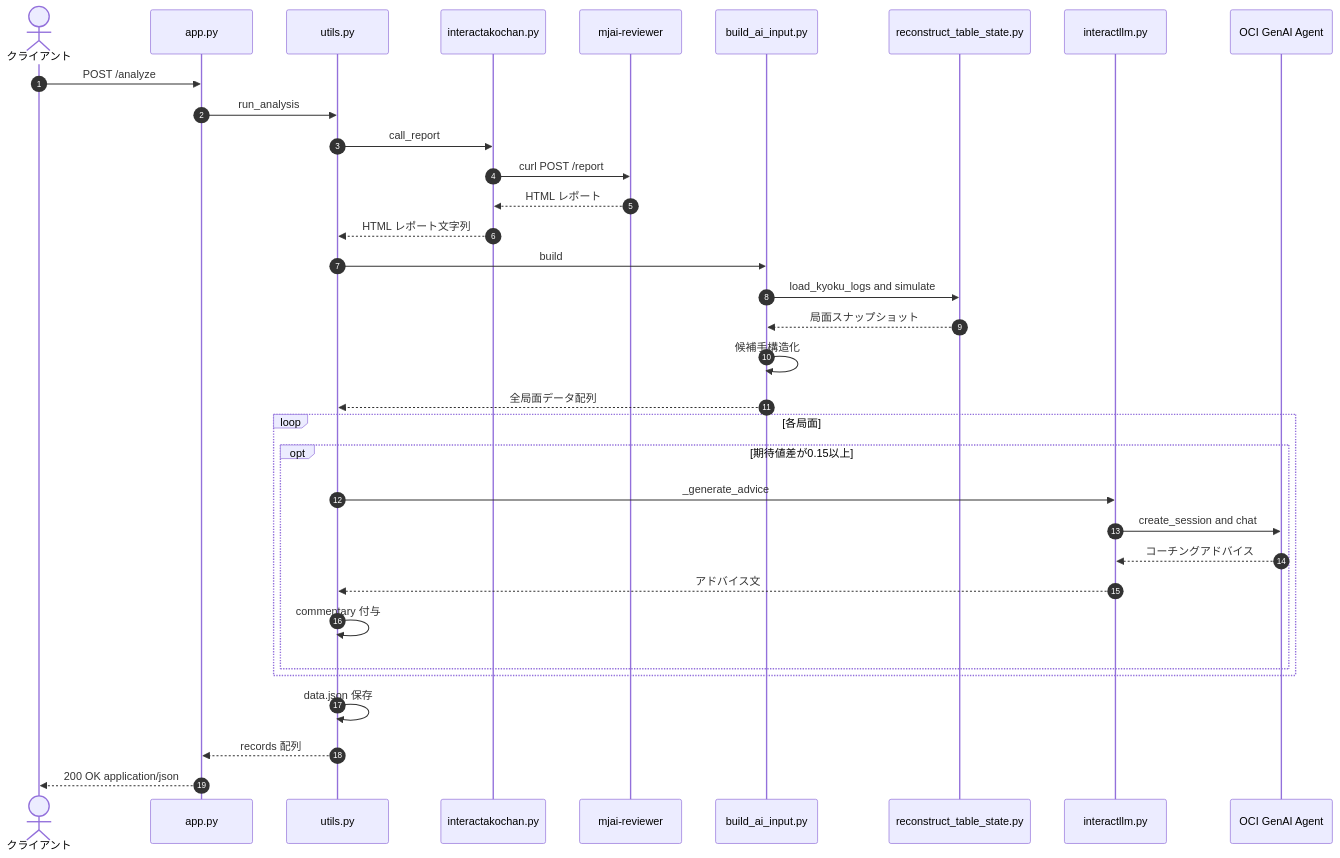
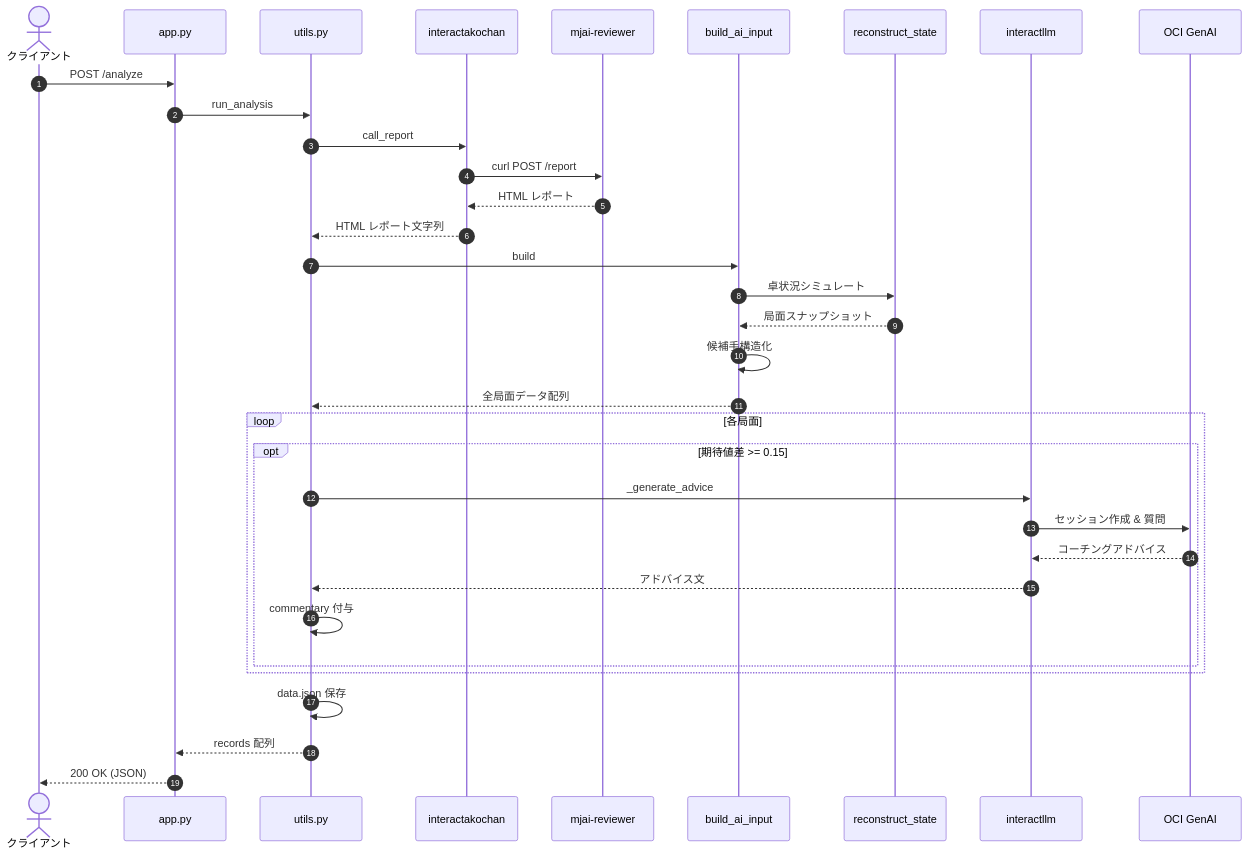
Before and after one commit to kr813/Mahjong-Coaching2: the second of 2 diagrams in docs/code_detail.md, drawn with Mermaid. The commit also changed other lines of this file and 3 other files, not shown here.

Commit message:
fix(docs): code_detail.pdfでMermaidダイアグラムがはみ出て切れる問題を修正

````diff
--- a/docs/code_detail.md
+++ b/docs/code_detail.md
@@ -86,37 +87,37 @@
 ```mermaid
 sequenceDiagram
     autonumber
     actor Client as クライアント
     participant App as app.py
     participant Utils as utils.py
-    participant IAK as interactakochan.py
+    participant IAK as interactakochan
     participant Ako as mjai-reviewer
-    participant BAI as build_ai_input.py
-    participant RTS as reconstruct_table_state.py
-    participant LLM as interactllm.py
-    participant OCI as OCI GenAI Agent
+    participant BAI as build_ai_input
+    participant RTS as reconstruct_state
+    participant LLM as interactllm
+    participant OCI as OCI GenAI
 
     Client->>App: POST /analyze
     App->>Utils: run_analysis
     Utils->>IAK: call_report
     IAK->>Ako: curl POST /report
     Ako-->>IAK: HTML レポート
     IAK-->>Utils: HTML レポート文字列
     Utils->>BAI: build
-    BAI->>RTS: load_kyoku_logs and simulate
+    BAI->>RTS: 卓状況シミュレート
     RTS-->>BAI: 局面スナップショット
     BAI->>BAI: 候補手構造化
     BAI-->>Utils: 全局面データ配列
     loop 各局面
-        opt 期待値差が0.15以上
+        opt 期待値差 >= 0.15
             Utils->>LLM: _generate_advice
-            LLM->>OCI: create_session and chat
+            LLM->>OCI: セッション作成 & 質問
             OCI-->>LLM: コーチングアドバイス
             LLM-->>Utils: アドバイス文
             Utils->>Utils: commentary 付与
         end
     end
     Utils->>Utils: data.json 保存
     Utils-->>App: records 配列
-    App-->>Client: 200 OK application/json
+    App-->>Client: 200 OK (JSON)
 ```
````
